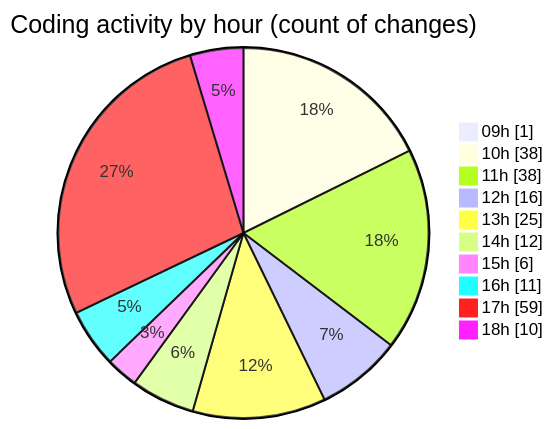
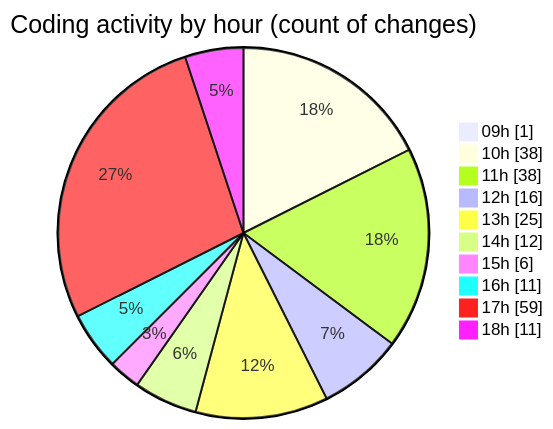
The second of 2 diagrams in 2026-01-07/cda/README.md (momahboobian/code-tracking), drawn with Mermaid before and after one commit. The commit also changed other lines of this file and 1 other file, not shown here.

````diff
--- a/2026-01-07/cda/README.md
+++ b/2026-01-07/cda/README.md
@@ -62,14 +62,14 @@
 ```mermaid
 pie showData
 title Coding activity by hour (count of changes)
 "09h" : 1
 "10h" : 38
 "11h" : 38
 "12h" : 16
 "13h" : 25
 "14h" : 12
 "15h" : 6
 "16h" : 11
 "17h" : 59
-"18h" : 10
+"18h" : 11
 ```
````
